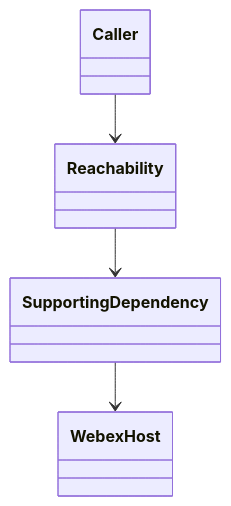
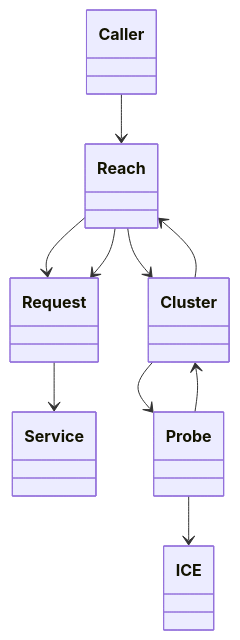
One commit to webex/webex-js-sdk changed the fourth of 4 diagrams in packages/@webex/plugin-meetings/src/reachability/ai-docs/reachability-spec.md. Above: the diagram before and after it, drawn with Mermaid. The commit also changed other lines of this file and 26 other files, not shown here.

````diff
--- a/packages/@webex/plugin-meetings/src/reachability/ai-docs/reachability-spec.md
+++ b/packages/@webex/plugin-meetings/src/reachability/ai-docs/reachability-spec.md
@@ -145,10 +164,19 @@
 ```mermaid
 classDiagram
   class Caller
-  class Reachability
-  class SupportingDependency
-  class WebexHost
-  Caller --> Reachability
-  Reachability --> SupportingDependency
-  SupportingDependency --> WebexHost
+  class Reach
+  class Request
+  class Service
+  class Cluster
+  class Probe
+  class ICE
+  Caller --> Reach
+  Reach --> Request
+  Request --> Service
+  Reach --> Cluster
+  Cluster --> Probe
+  Probe --> ICE
+  Probe --> Cluster
+  Cluster --> Reach
+  Reach --> Request
 ```
````
